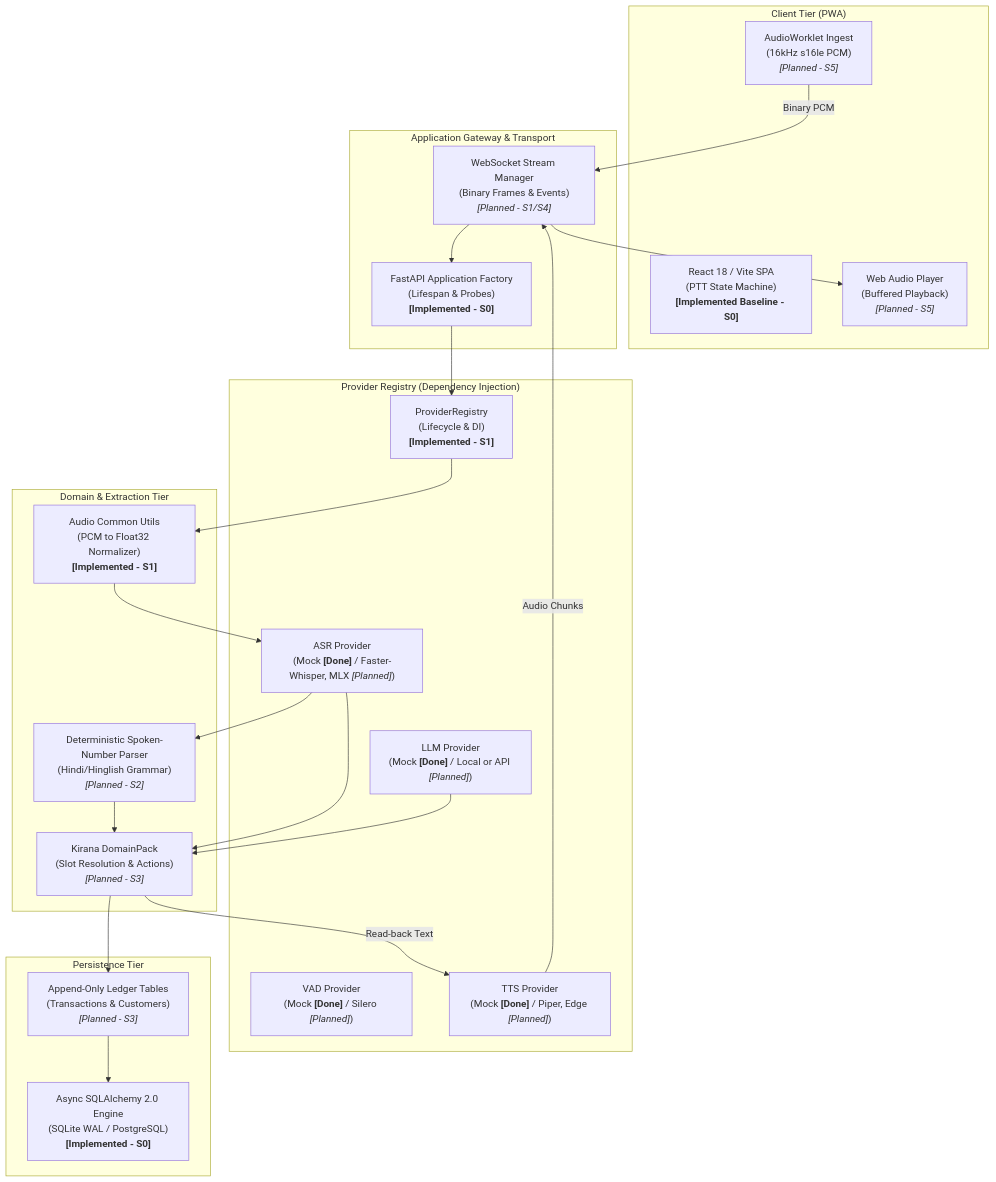
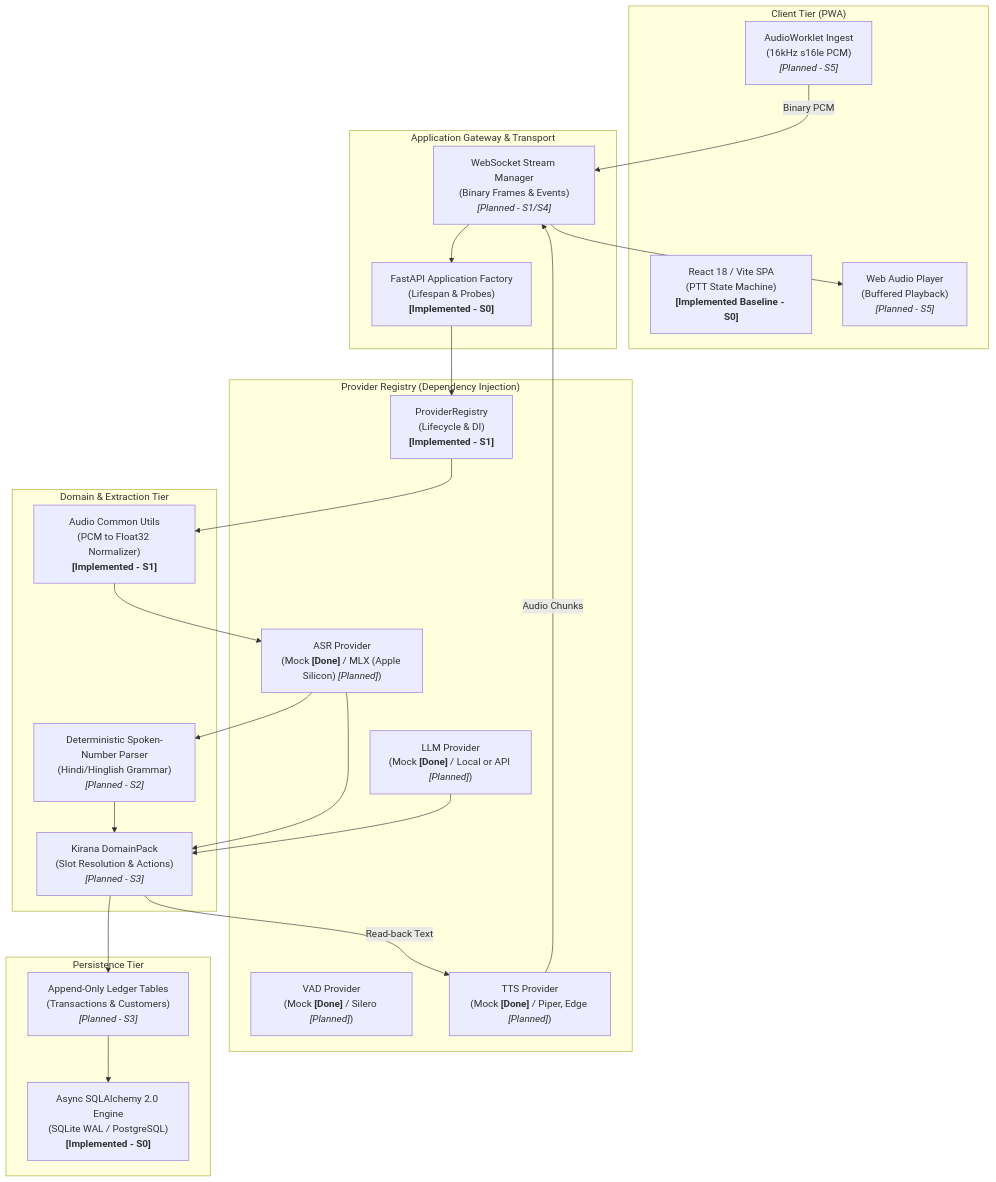
One commit to Ash052006/BolKhata changed the first of 5 diagrams in docs/architecture-deep-dive.md. Above: the diagram before and after it, drawn with Mermaid. The commit also changed other lines of this file and 11 other files, not shown here.

Commit message:
fix(s1): make ASR configuration Apple Silicon only

````diff
--- a/docs/architecture-deep-dive.md
+++ b/docs/architecture-deep-dive.md
@@ -59,47 +59,47 @@
 ```mermaid
 flowchart TD
     subgraph Client ["Client Tier (PWA)"]
         MIC["AudioWorklet Ingest<br/>(16kHz s16le PCM)<br/><i>[Planned - S5]</i>"]
         UI["React 18 / Vite SPA<br/>(PTT State Machine)<br/><b>[Implemented Baseline - S0]</b>"]
         AUDIO_OUT["Web Audio Player<br/>(Buffered Playback)<br/><i>[Planned - S5]</i>"]
     end
 
     subgraph Gateway ["Application Gateway & Transport"]
         WS["WebSocket Stream Manager<br/>(Binary Frames & Events)<br/><i>[Planned - S1/S4]</i>"]
         APP["FastAPI Application Factory<br/>(Lifespan & Probes)<br/><b>[Implemented - S0]</b>"]
     end
 
     subgraph Providers ["Provider Registry (Dependency Injection)"]
         REG["ProviderRegistry<br/>(Lifecycle & DI)<br/><b>[Implemented - S1]</b>"]
-        ASR_MOD["ASR Provider<br/>(Mock <b>[Done]</b> / Faster-Whisper, MLX <i>[Planned]</i>)"]
+        ASR_MOD["ASR Provider<br/>(Mock <b>[Done]</b> / MLX (Apple Silicon) <i>[Planned]</i>)"]
         VAD_MOD["VAD Provider<br/>(Mock <b>[Done]</b> / Silero <i>[Planned]</i>)"]
         TTS_MOD["TTS Provider<br/>(Mock <b>[Done]</b> / Piper, Edge <i>[Planned]</i>)"]
         LLM_MOD["LLM Provider<br/>(Mock <b>[Done]</b> / Local or API <i>[Planned]</i>)"]
     end
 
     subgraph Engine ["Domain & Extraction Tier"]
         AUDIO_UTIL["Audio Common Utils<br/>(PCM to Float32 Normalizer)<br/><b>[Implemented - S1]</b>"]
         NUM_PARSE["Deterministic Spoken-Number Parser<br/>(Hindi/Hinglish Grammar)<br/><i>[Planned - S2]</i>"]
         DOMAIN_PACK["Kirana DomainPack<br/>(Slot Resolution & Actions)<br/><i>[Planned - S3]</i>"]
     end
 
     subgraph DataTier ["Persistence Tier"]
         DB_ENGINE["Async SQLAlchemy 2.0 Engine<br/>(SQLite WAL / PostgreSQL)<br/><b>[Implemented - S0]</b>"]
         LEDGER_TAB["Append-Only Ledger Tables<br/>(Transactions & Customers)<br/><i>[Planned - S3]</i>"]
     end
 
     MIC -->|Binary PCM| WS
     WS --> APP
     APP --> REG
     REG --> AUDIO_UTIL
     AUDIO_UTIL --> ASR_MOD
     ASR_MOD --> NUM_PARSE
     ASR_MOD --> DOMAIN_PACK
     LLM_MOD --> DOMAIN_PACK
     NUM_PARSE --> DOMAIN_PACK
     DOMAIN_PACK --> LEDGER_TAB
     LEDGER_TAB --> DB_ENGINE
     DOMAIN_PACK -->|Read-back Text| TTS_MOD
     TTS_MOD -->|Audio Chunks| WS
     WS --> AUDIO_OUT
 ```
````
